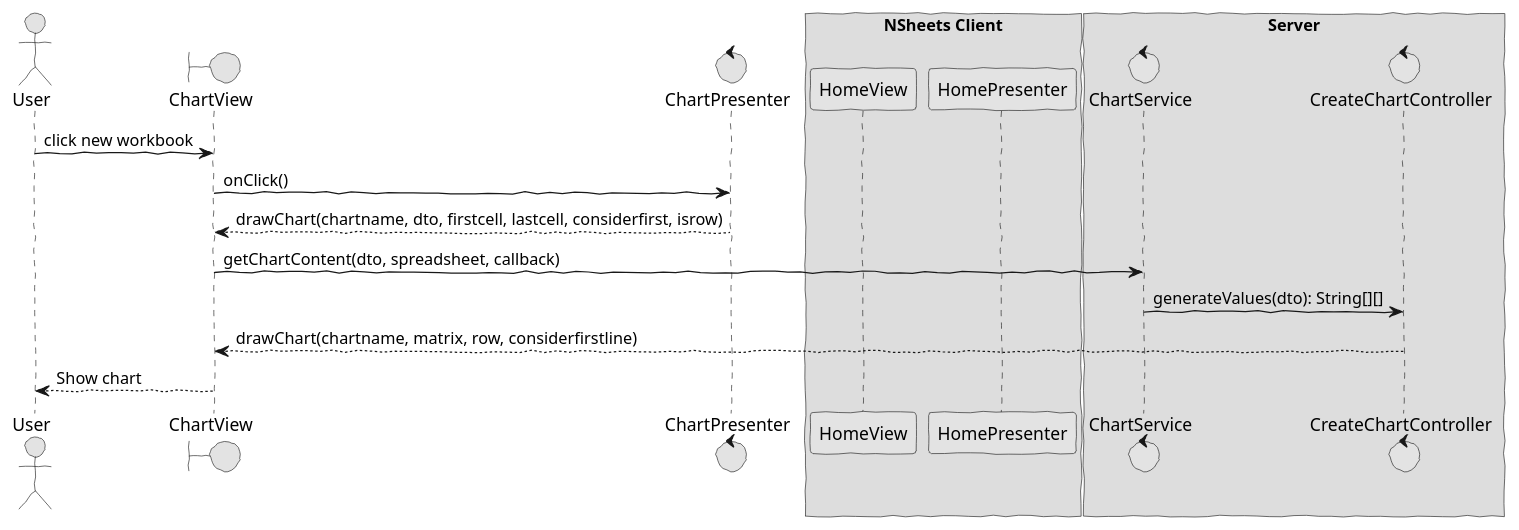
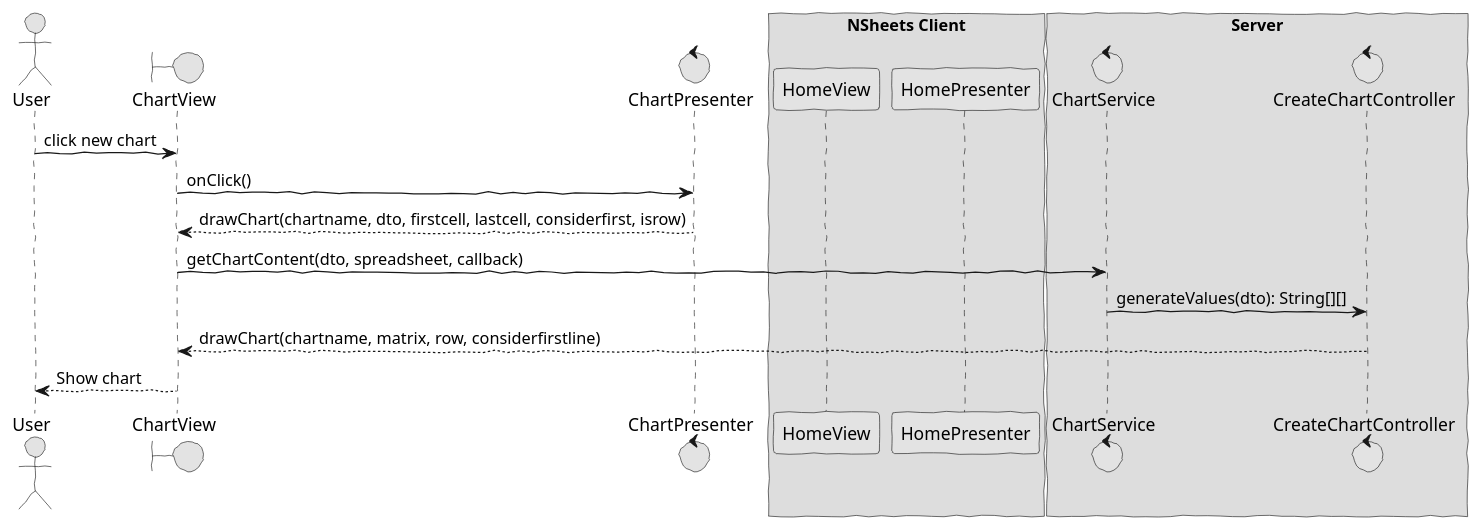
Before and after one commit to Fuel4us/EventManagingApp: the diagram in docs/red/1160630/sp1/design_uc1.puml, drawn with PlantUML. The commit also changed 14 other files, not shown here.

Commit message:
#10 Updated sequence diagrams, domain model and short sequence diagrams;

```diff
--- a/docs/red/1160630/sp1/design_uc1.puml
+++ b/docs/red/1160630/sp1/design_uc1.puml
@@ -1,41 +1,41 @@
 @startuml  design1.png
 skinparam handwritten true
 skinparam monochrome true
 skinparam packageStyle rect
 skinparam defaultFontName FG Virgil
 skinparam shadowing false
 
 actor User
 boundary ChartView
 control ChartPresenter
 control ChartService
 control CreateChartController
 ' control ChartsService
 ' entity ChartRepository
 ' database Database 
 
 box "NSheets Client"
 participant HomeView
 participant HomePresenter 
 end box
 
 box "Server"
 participant ChartService
 participant CreateChartController
 ' participant ChartsService
 ' participant ChartRepository
 end box
 
 ' box "Database"
 ' participant Database
 ' end box
 
 
-User -> ChartView : click new workbook
+User -> ChartView : click new chart
 ChartView -> ChartPresenter : onClick()
 ChartPresenter --> ChartView: drawChart(chartname, dto, firstcell, lastcell, considerfirst, isrow)
 ChartView -> ChartService: getChartContent(dto, spreadsheet, callback)
 ChartService -> CreateChartController: generateValues(dto): String[][]
 CreateChartController --> ChartView: drawChart(chartname, matrix, row, considerfirstline)
 ChartView --> User: Show chart
 @enduml
```
